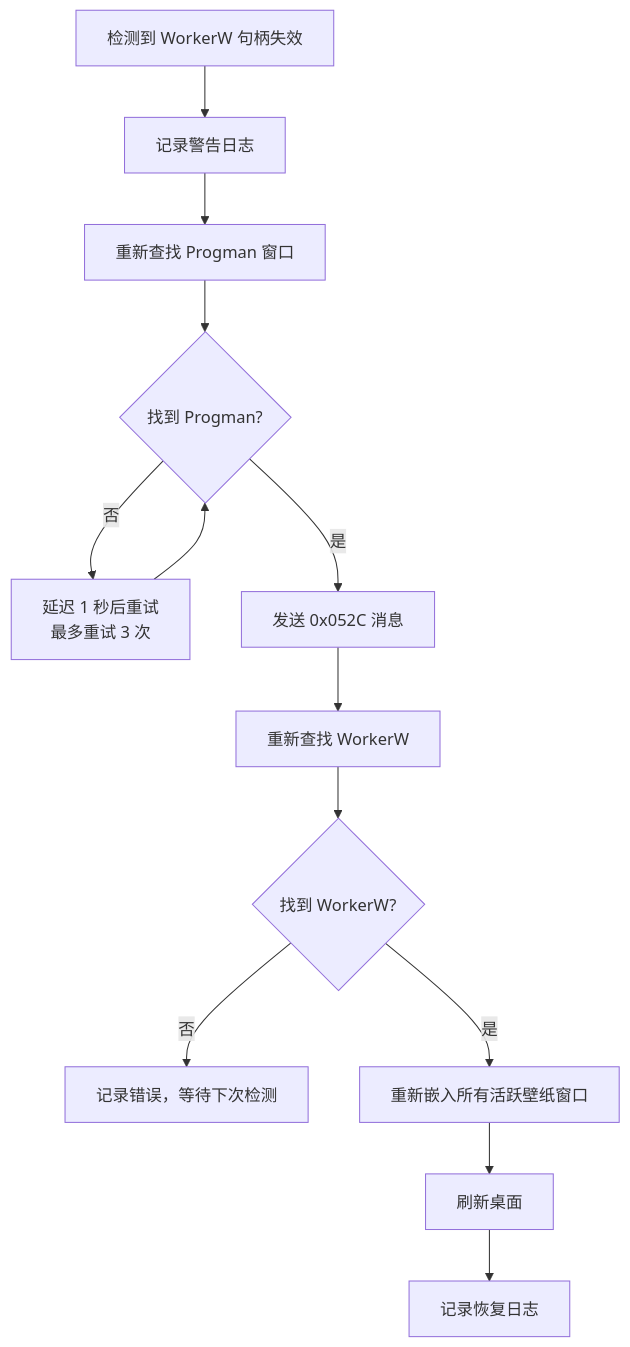
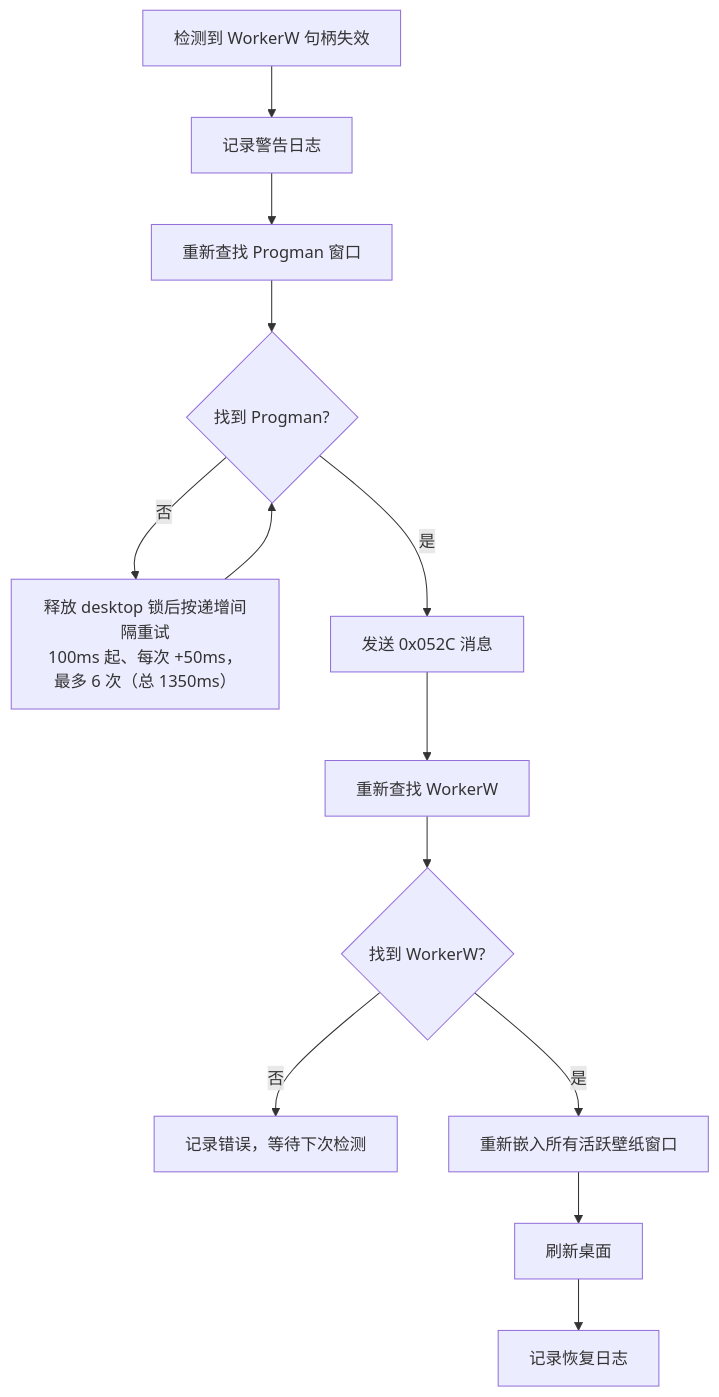
One commit to Wunseol/mirrorstar-wallpaper changed the second of 3 diagrams in docs/02-架构与技术栈/04-桌面集成与Windows系统API-Desktop-Integration-and-Windows-API.md. Above: the diagram before and after it, drawn with Mermaid. The commit also changed other lines of this file and 36 other files, not shown here.

````diff
--- a/docs/02-架构与技术栈/04-桌面集成与Windows系统API-Desktop-Integration-and-Windows-API.md
+++ b/docs/02-架构与技术栈/04-桌面集成与Windows系统API-Desktop-Integration-and-Windows-API.md
@@ -478,15 +479,15 @@
 ```mermaid
 flowchart TD
     A[检测到 WorkerW 句柄失效] --> B[记录警告日志]
     B --> C[重新查找 Progman 窗口]
     C --> D{找到 Progman?}
-    D -->|否| E[延迟 1 秒后重试<br/>最多重试 3 次]
+    D -->|否| E[释放 desktop 锁后按递增间隔重试<br/>100ms 起、每次 +50ms，最多 6 次（总 1350ms）]
     E --> D
     D -->|是| F[发送 0x052C 消息]
     F --> G[重新查找 WorkerW]
     G --> H{找到 WorkerW?}
     H -->|否| I[记录错误，等待下次检测]
     H -->|是| J[重新嵌入所有活跃壁纸窗口]
     J --> K[刷新桌面]
     K --> L[记录恢复日志]
 ```
````
